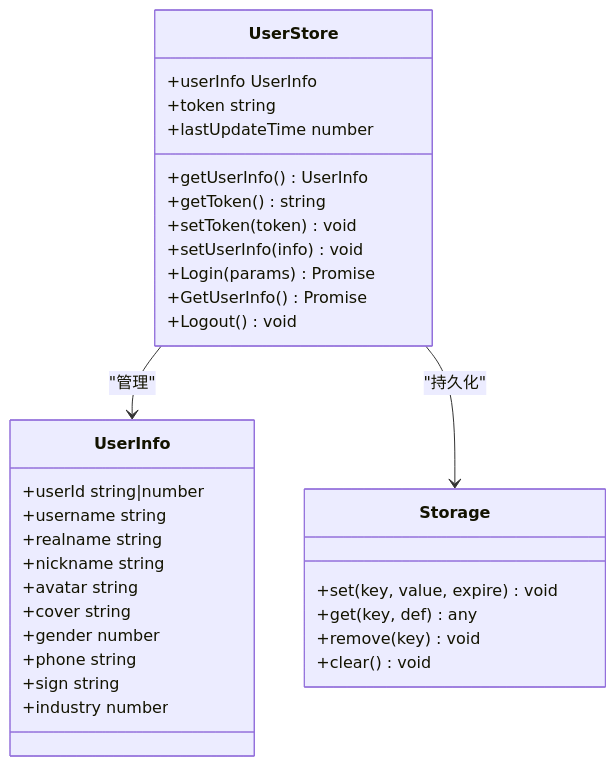
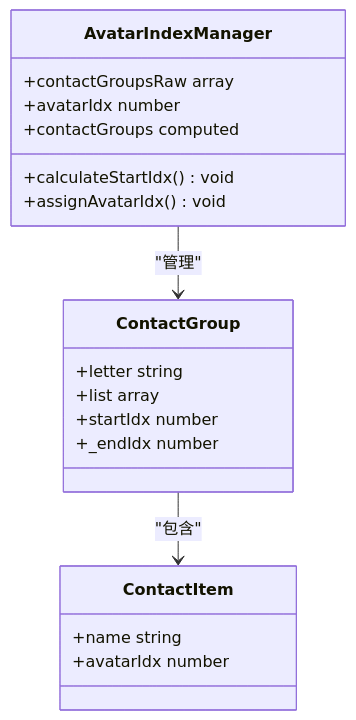
The third of 10 diagrams in .qoder/repowiki/zh/content/核心系统/头像管理系统.md (giserman001/vue3-vant4-mobile), drawn with Mermaid before and after one commit. The commit also changed other lines of this file and 1 other file, not shown here.

First line of the commit message:
feat(address): 完善头像索引管理与图片预加载机制

````diff
--- a/.qoder/repowiki/zh/content/核心系统/头像管理系统.md
+++ b/.qoder/repowiki/zh/content/核心系统/头像管理系统.md
@@ -122,35 +138,22 @@
 ```mermaid
 classDiagram
-class UserStore {
-+userInfo UserInfo
-+token string
-+lastUpdateTime number
-+getUserInfo() UserInfo
-+getToken() string
-+setToken(token) void
-+setUserInfo(info) void
-+Login(params) Promise
-+GetUserInfo() Promise
-+Logout() void
+class AvatarIndexManager {
++contactGroupsRaw array
++avatarIdx number
++contactGroups computed
++calculateStartIdx() void
++assignAvatarIdx() void
 }
-class UserInfo {
-+userId string|number
-+username string
-+realname string
-+nickname string
-+avatar string
-+cover string
-+gender number
-+phone string
-+sign string
-+industry number
+class ContactGroup {
++letter string
++list array
++startIdx number
++_endIdx number
 }
-class Storage {
-+set(key, value, expire) void
-+get(key, def) any
-+remove(key) void
-+clear() void
+class ContactItem {
++name string
++avatarIdx number
 }
-UserStore --> UserInfo : "管理"
-UserStore --> Storage : "持久化"
+AvatarIndexManager --> ContactGroup : "管理"
+ContactGroup --> ContactItem : "包含"
 ```
````
